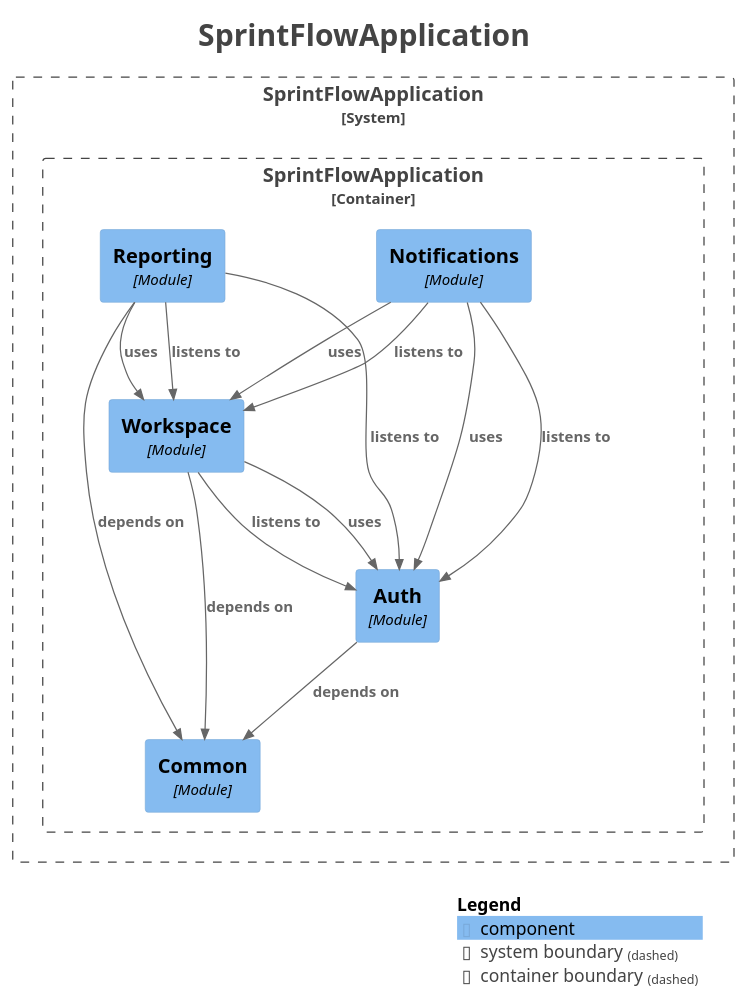
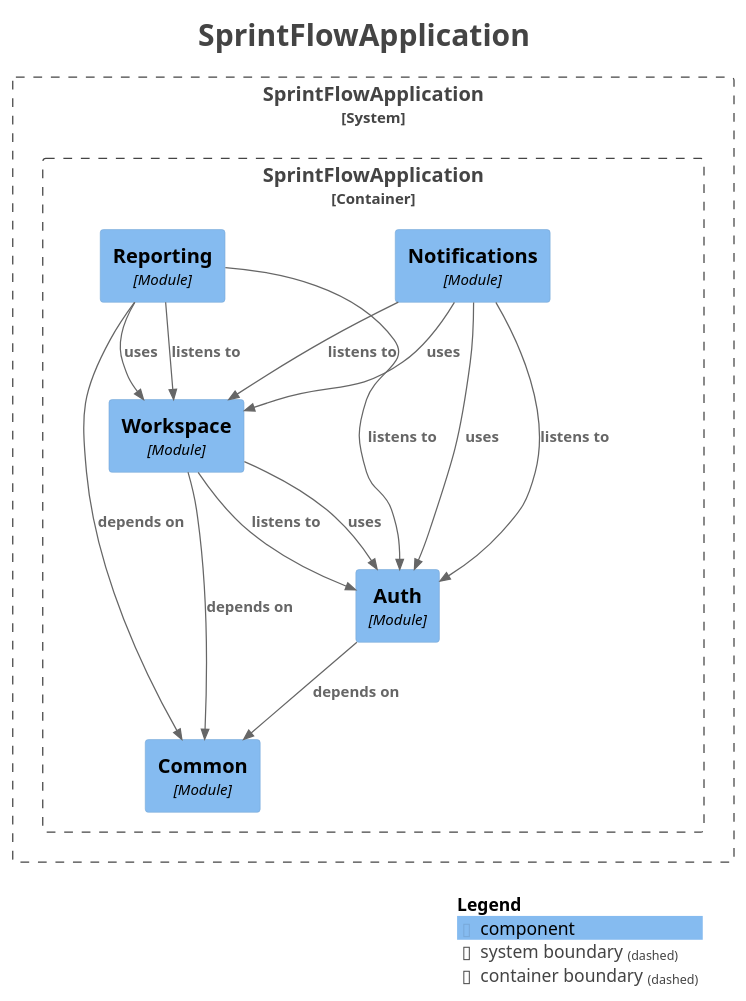
The diagram in docs/architecture/components.puml (Mouaz7/sprintflow-insight), drawn with PlantUML before and after one commit. The commit also changed other lines of this file and 6 other files, not shown here.

```diff
--- a/docs/architecture/components.puml
+++ b/docs/architecture/components.puml
@@ -1,44 +1,44 @@
 @startuml
 title <size:24>SprintFlowApplication</size>
 
 set separator none
 top to bottom direction
 
 <style>
   root {
     BackgroundColor: #ffffff
     FontColor: #444444
   }
 </style>
 
 !include <C4/C4>
 !include <C4/C4_Context>
 !include <C4/C4_Component>
 
 System_Boundary("SprintFlowApplication_boundary", "SprintFlowApplication", $tags="") {
   Container_Boundary("SprintFlowApplication.SprintFlowApplication_boundary", "SprintFlowApplication", $tags="") {
     Component(SprintFlowApplication.SprintFlowApplication.Common, "Common", $techn="Module", $descr="", $tags="", $link="")
     Component(SprintFlowApplication.SprintFlowApplication.Auth, "Auth", $techn="Module", $descr="", $tags="", $link="")
     Component(SprintFlowApplication.SprintFlowApplication.Workspace, "Workspace", $techn="Module", $descr="", $tags="", $link="")
     Component(SprintFlowApplication.SprintFlowApplication.Notifications, "Notifications", $techn="Module", $descr="", $tags="", $link="")
     Component(SprintFlowApplication.SprintFlowApplication.Reporting, "Reporting", $techn="Module", $descr="", $tags="", $link="")
   }
 
 }
 
+Rel(SprintFlowApplication.SprintFlowApplication.Workspace, SprintFlowApplication.SprintFlowApplication.Auth, "listens to", $techn="", $tags="", $link="")
+Rel(SprintFlowApplication.SprintFlowApplication.Workspace, SprintFlowApplication.SprintFlowApplication.Common, "depends on", $techn="", $tags="", $link="")
+Rel(SprintFlowApplication.SprintFlowApplication.Workspace, SprintFlowApplication.SprintFlowApplication.Auth, "uses", $techn="", $tags="", $link="")
+Rel(SprintFlowApplication.SprintFlowApplication.Notifications, SprintFlowApplication.SprintFlowApplication.Workspace, "listens to", $techn="", $tags="", $link="")
 Rel(SprintFlowApplication.SprintFlowApplication.Notifications, SprintFlowApplication.SprintFlowApplication.Auth, "listens to", $techn="", $tags="", $link="")
 Rel(SprintFlowApplication.SprintFlowApplication.Notifications, SprintFlowApplication.SprintFlowApplication.Auth, "uses", $techn="", $tags="", $link="")
 Rel(SprintFlowApplication.SprintFlowApplication.Notifications, SprintFlowApplication.SprintFlowApplication.Workspace, "uses", $techn="", $tags="", $link="")
+Rel(SprintFlowApplication.SprintFlowApplication.Reporting, SprintFlowApplication.SprintFlowApplication.Workspace, "listens to", $techn="", $tags="", $link="")
 Rel(SprintFlowApplication.SprintFlowApplication.Reporting, SprintFlowApplication.SprintFlowApplication.Auth, "listens to", $techn="", $tags="", $link="")
-Rel(SprintFlowApplication.SprintFlowApplication.Reporting, SprintFlowApplication.SprintFlowApplication.Workspace, "listens to", $techn="", $tags="", $link="")
 Rel(SprintFlowApplication.SprintFlowApplication.Reporting, SprintFlowApplication.SprintFlowApplication.Common, "depends on", $techn="", $tags="", $link="")
 Rel(SprintFlowApplication.SprintFlowApplication.Reporting, SprintFlowApplication.SprintFlowApplication.Workspace, "uses", $techn="", $tags="", $link="")
-Rel(SprintFlowApplication.SprintFlowApplication.Workspace, SprintFlowApplication.SprintFlowApplication.Auth, "listens to", $techn="", $tags="", $link="")
-Rel(SprintFlowApplication.SprintFlowApplication.Workspace, SprintFlowApplication.SprintFlowApplication.Common, "depends on", $techn="", $tags="", $link="")
-Rel(SprintFlowApplication.SprintFlowApplication.Workspace, SprintFlowApplication.SprintFlowApplication.Auth, "uses", $techn="", $tags="", $link="")
 Rel(SprintFlowApplication.SprintFlowApplication.Auth, SprintFlowApplication.SprintFlowApplication.Common, "depends on", $techn="", $tags="", $link="")
-Rel(SprintFlowApplication.SprintFlowApplication.Notifications, SprintFlowApplication.SprintFlowApplication.Workspace, "listens to", $techn="", $tags="", $link="")
 
 SHOW_LEGEND(true)
 hide stereotypes
 @enduml
```
